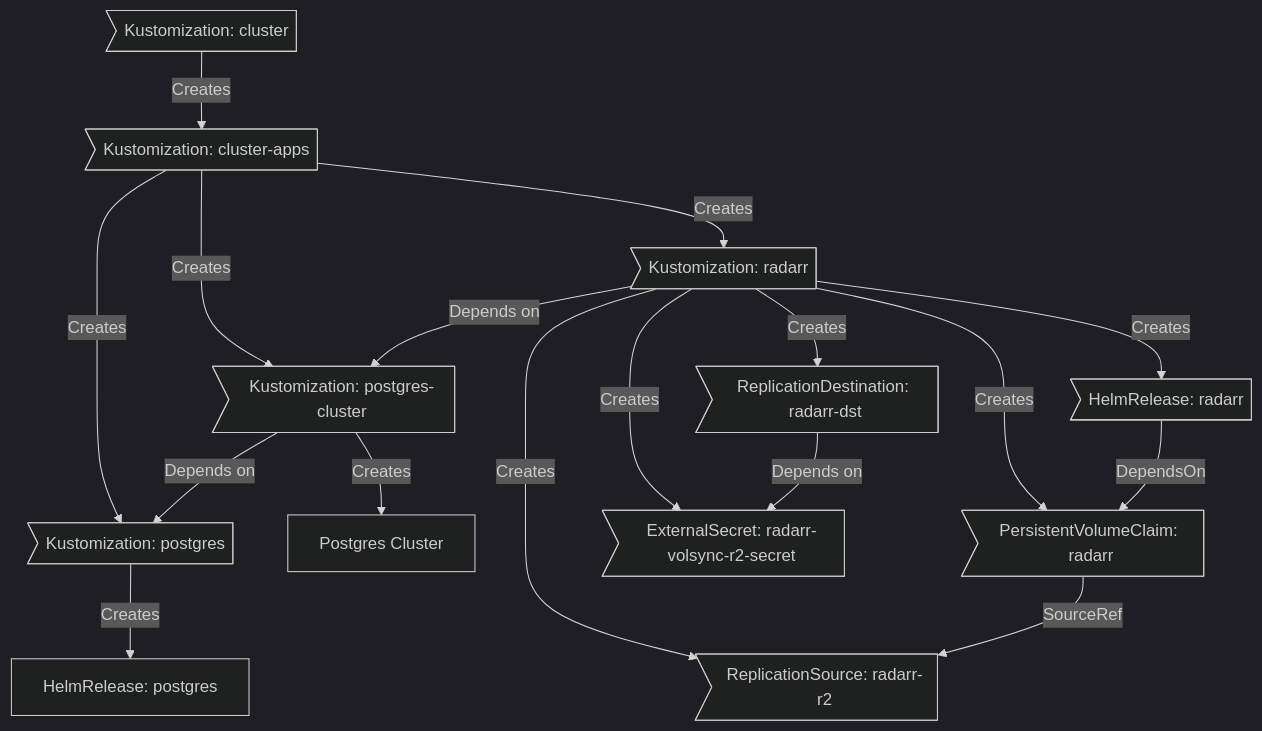
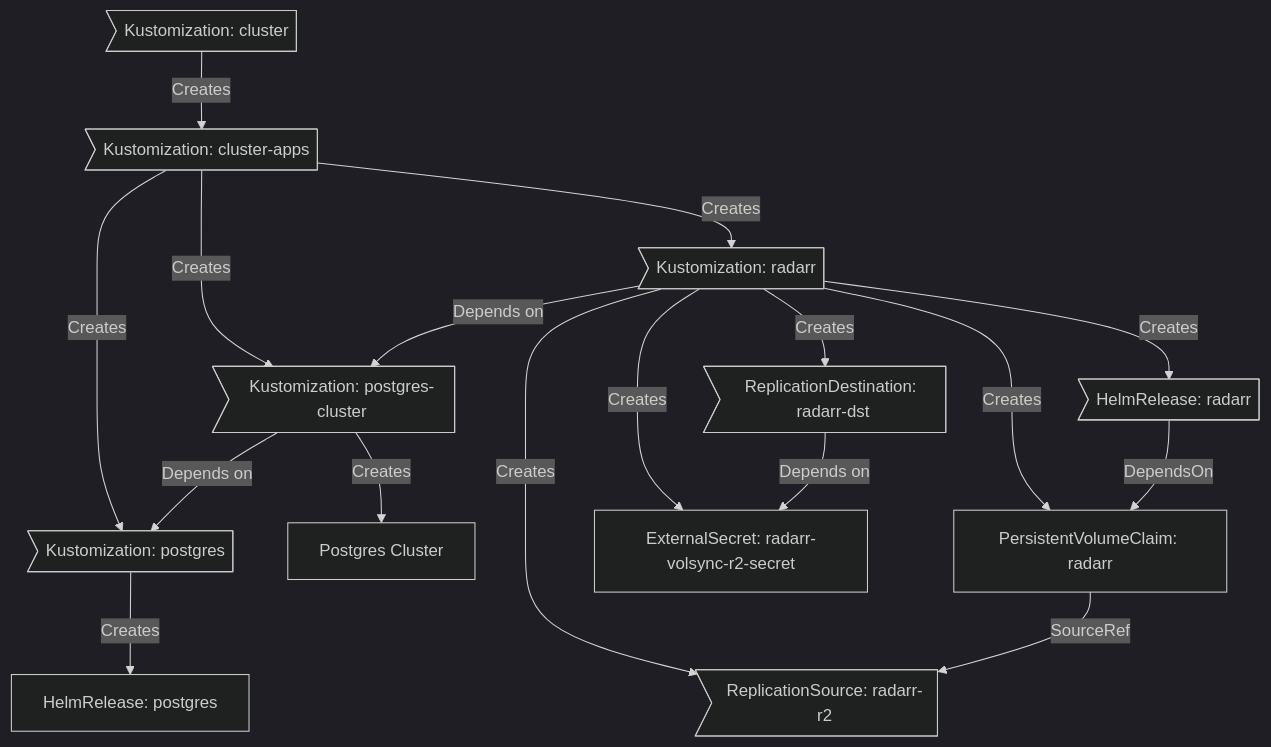
Before and after one commit to sob/home-ops: the diagram in README.md, drawn with Mermaid (dark theme).

Commit message:
[README] add update shapes

````diff
--- a/README.md
+++ b/README.md
@@ -88,19 +88,19 @@
 ```mermaid
 graph TD;
   id1>Kustomization: cluster] -->|Creates| id2>Kustomization: cluster-apps];
   id2>Kustomization: cluster-apps] -->|Creates| id3>Kustomization: postgres];
-  id2>Kustomization: cluster-apps] -->|Creates| id5>Kustomization: postgres-cluster]
-  id2>Kustomization: cluster-apps] -->|Creates| id8>Kustomization: radarr]
+  id2>Kustomization: cluster-apps] -->|Creates| id5>Kustomization: postgres-cluster];
+  id2>Kustomization: cluster-apps] -->|Creates| id8>Kustomization: radarr];
   id3>Kustomization: postgres] -->|Creates| id4[HelmRelease: postgres];
   id5>Kustomization: postgres-cluster] -->|Depends on| id3>Kustomization: postgres];
   id5>Kustomization: postgres-cluster] -->|Creates| id10[Postgres Cluster];
-  id8>Kustomization: radarr] -->|Creates| id9(HelmRelease: radarr);
-  id8>Kustomization: radarr] -->|Creates| id11(PersistentVolumeClaim: radarr)
-  id8>Kustomization: radarr] -->|Creates| id12(ExternalSecret: radarr-volsync-r2-secret)
-  id8>Kustomization: radarr] -->|Creates| id13(ReplicationSource: radarr-r2)
-  id8>Kustomization: radarr] -->|Creates| id14(ReplicationDestination: radarr-dst)
+  id8>Kustomization: radarr] -->|Creates| id9[HelmRelease: radarr];
+  id8>Kustomization: radarr] -->|Creates| id11[PersistentVolumeClaim: radarr];
+  id8>Kustomization: radarr] -->|Creates| id12[ExternalSecret: radarr-volsync-r2-secret];
+  id8>Kustomization: radarr] -->|Creates| id13>ReplicationSource: radarr-r2];
+  id8>Kustomization: radarr] -->|Creates| id14>ReplicationDestination: radarr-dst];
   id11>PersistentVolumeClaim: radarr] -->|SourceRef| id13>ReplicationSource: radarr-r2];
-  id14>ReplicationDestination: radarr-dst] -->|Depends on| id12>ExternalSecret: radarr-volsync-r2-secret];
+  id14>ReplicationDestination: radarr-dst] -->|Depends on| id12[ExternalSecret: radarr-volsync-r2-secret];
   id8>Kustomization: radarr] -->|Depends on| id5>Kustomization: postgres-cluster];
-  id9>HelmRelease: radarr] -->|DependsOn| id11>PersistentVolumeClaim: radarr];
+  id9>HelmRelease: radarr] -->|DependsOn| id11[PersistentVolumeClaim: radarr];
 ```
````
